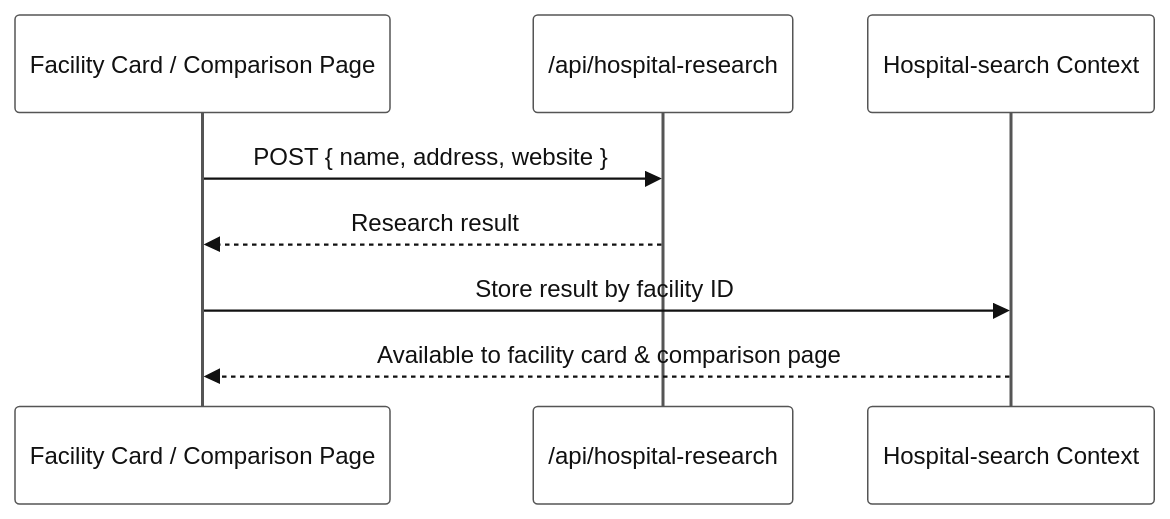
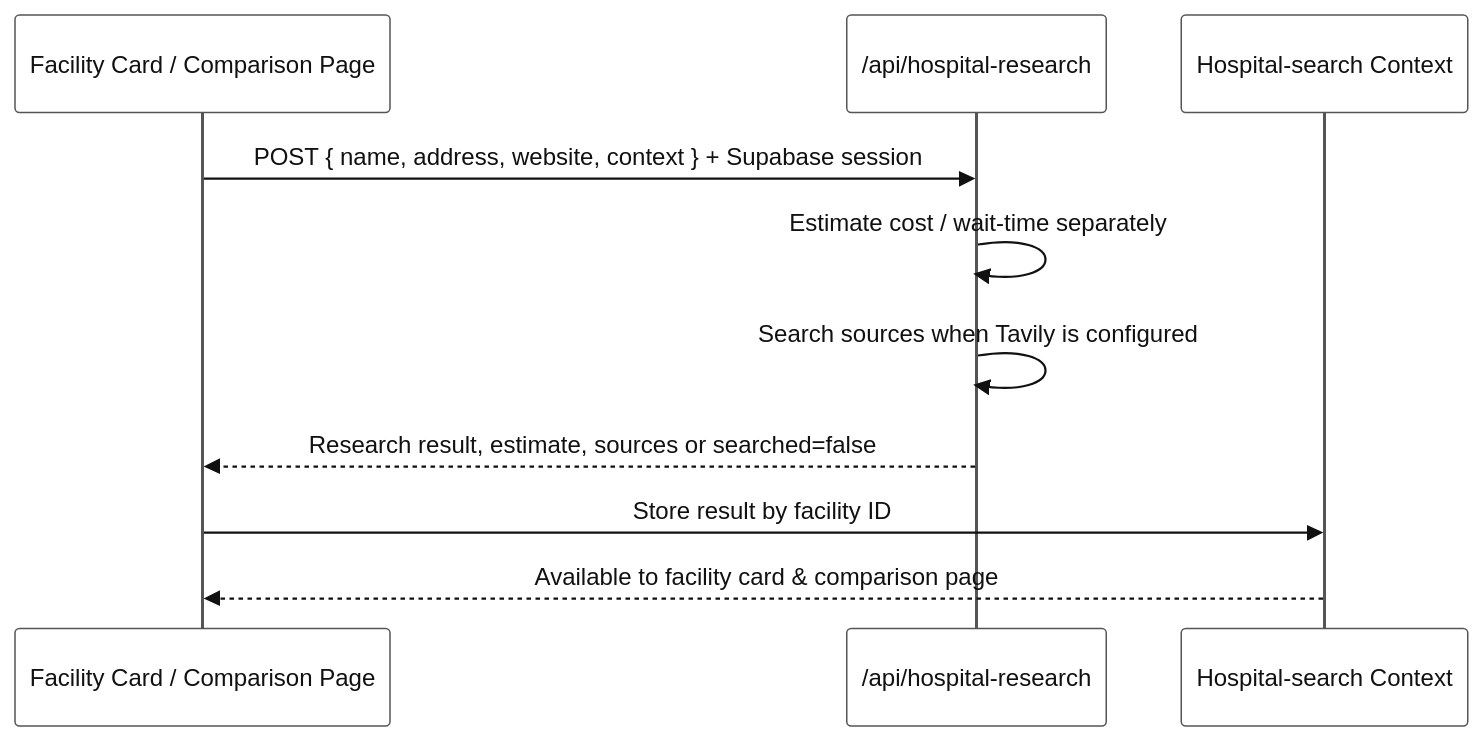
The fourth of 4 diagrams in PROJECT INFORMATION/API-REFERENCE.md (vanshkatnor1505/BuiltTechies), drawn with Mermaid before and after one commit. The commit also changed other lines of this file, not shown here.

Commit message:
feat: enhance API documentation with detailed endpoint descriptions and authentication requirements

````diff
--- a/PROJECT INFORMATION/API-REFERENCE.md
+++ b/PROJECT INFORMATION/API-REFERENCE.md
@@ -142,12 +187,14 @@
 ```mermaid
 %%{init: {'theme':'base', 'themeVariables': {'primaryColor':'#ffffff','primaryTextColor':'#111111','primaryBorderColor':'#555555','lineColor':'#555555','secondaryColor':'#f5f5f5','tertiaryColor':'#ffffff','fontSize':'15px','darkMode':false,'background':'#ffffff'}}}%%
 sequenceDiagram
     participant FE as Facility Card / Comparison Page
     participant API as /api/hospital-research
     participant CTX as Hospital-search Context
 
-    FE->>API: POST { name, address, website }
-    API-->>FE: Research result
+    FE->>API: POST { name, address, website, context } + Supabase session
+    API->>API: Estimate cost / wait-time separately
+    API->>API: Search sources when Tavily is configured
+    API-->>FE: Research result, estimate, sources or searched=false
     FE->>CTX: Store result by facility ID
     CTX-->>FE: Available to facility card & comparison page
 ```
````
